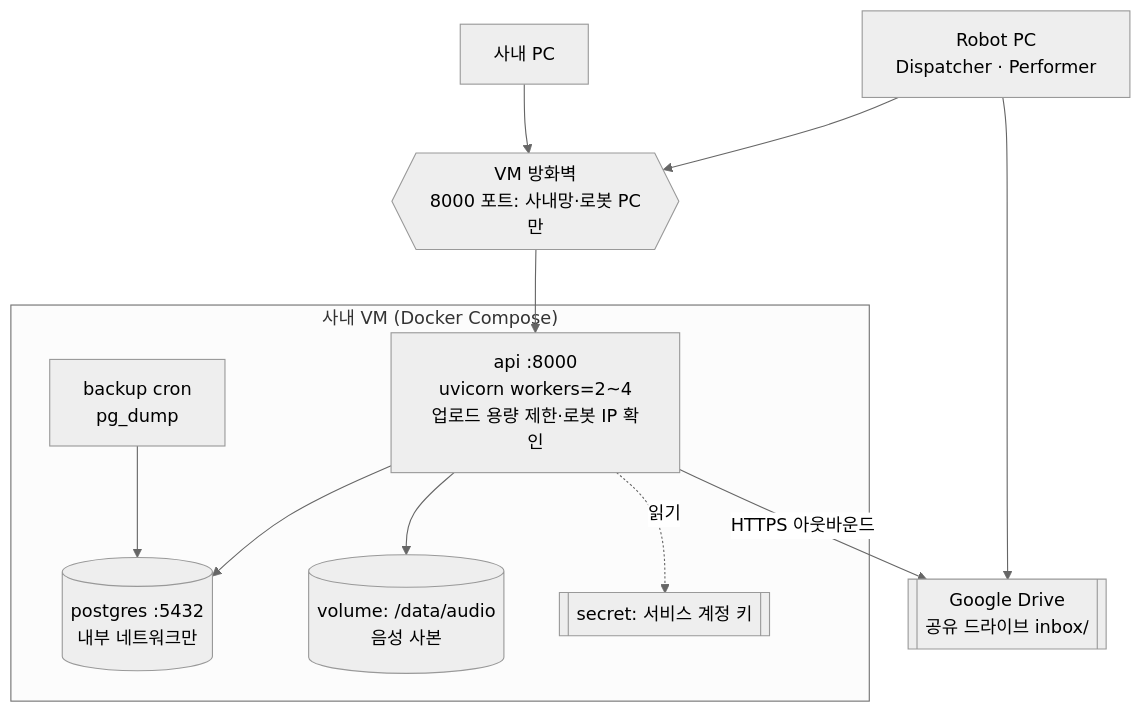
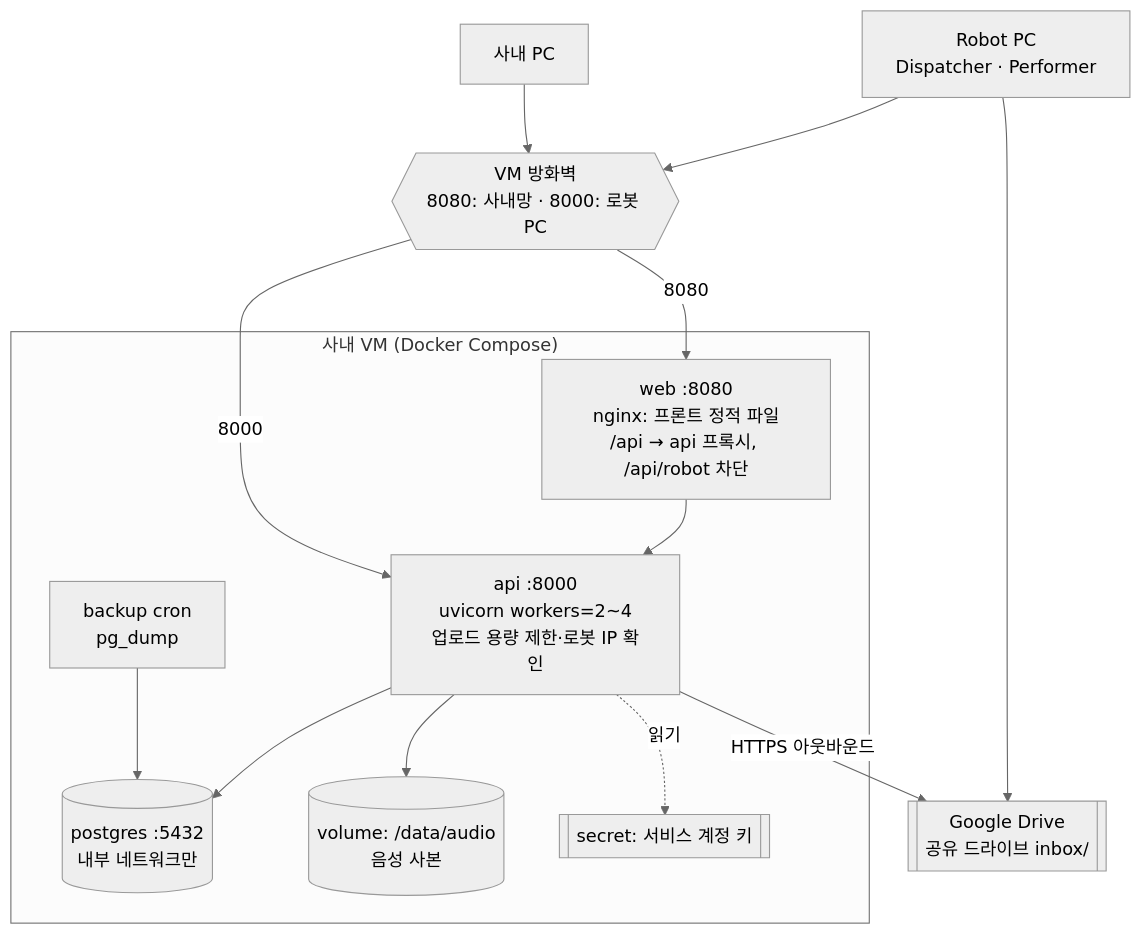
Before and after one commit to siwol025/rpa: the ninth of 9 diagrams in backend/docs/architecture/architecture.md, drawn with Mermaid (neutral theme). The commit also changed other lines of this file and 6 other files, not shown here.

````diff
--- a/backend/docs/architecture/architecture.md
+++ b/backend/docs/architecture/architecture.md
@@ -482,19 +482,21 @@
 ```mermaid
 flowchart TB
     subgraph VM["사내 VM (Docker Compose)"]
+        W[web :8080<br/>nginx: 프론트 정적 파일<br/>/api → api 프록시, /api/robot 차단]
         A[api :8000<br/>uvicorn workers=2~4<br/>업로드 용량 제한·로봇 IP 확인]
         P[(postgres :5432<br/>내부 네트워크만)]
         V[(volume: /data/audio<br/>음성 사본)]
         K[[secret: 서비스 계정 키]]
         BK[backup cron<br/>pg_dump]
     end
-    FW{{VM 방화벽<br/>8000 포트: 사내망·로봇 PC만}}
+    FW{{VM 방화벽<br/>8080: 사내망 · 8000: 로봇 PC}}
     Robot[Robot PC<br/>Dispatcher · Performer] --> FW
     Users[사내 PC] --> FW
-    FW --> A --> P
+    FW -->|8080| W --> A
+    FW -->|8000| A --> P
     A --> V
     A -. 읽기 .-> K
     A -->|HTTPS 아웃바운드| GD[[Google Drive<br/>공유 드라이브 inbox/]]
     Robot --> GD
     BK --> P
 ```
````
